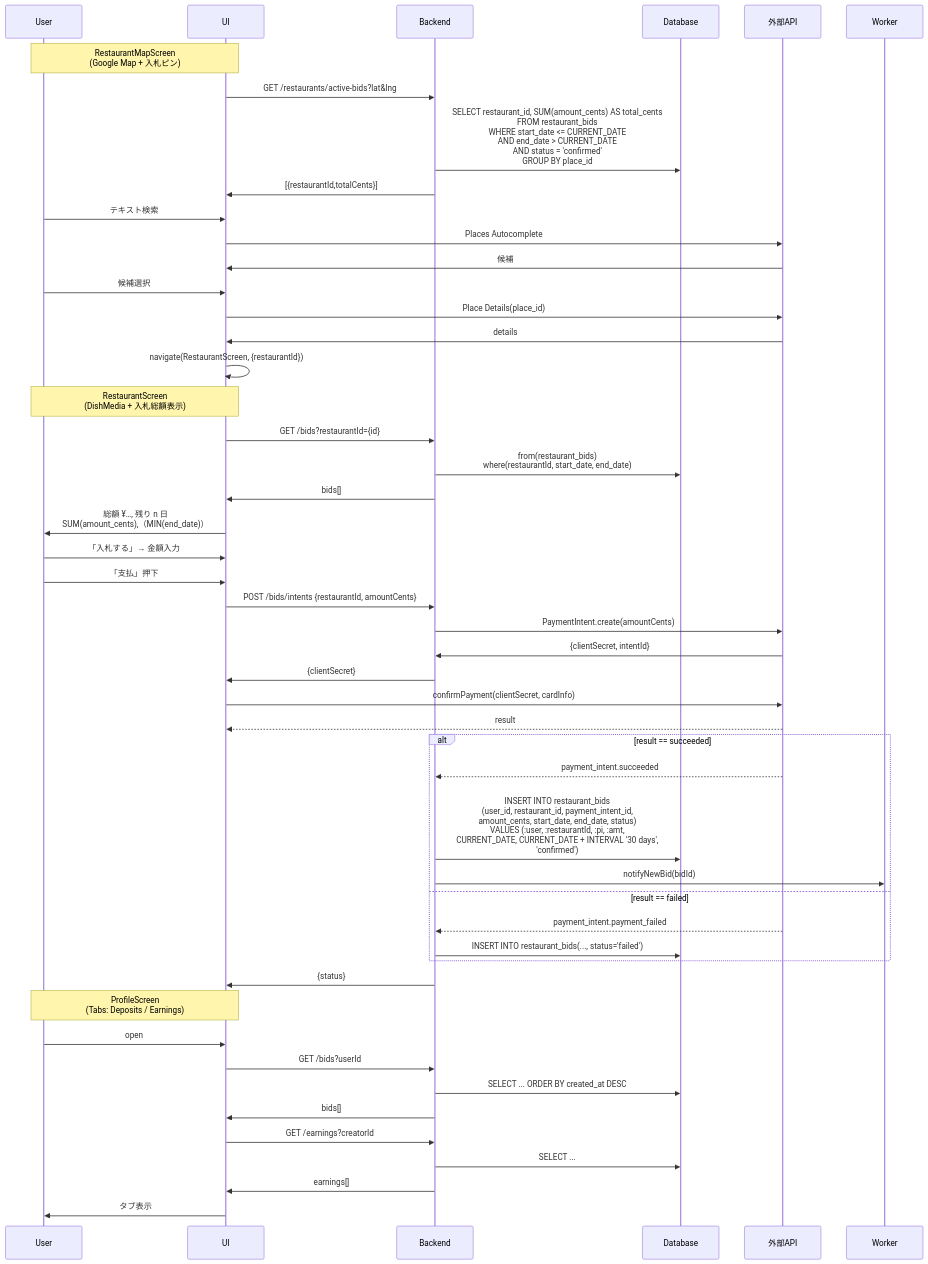
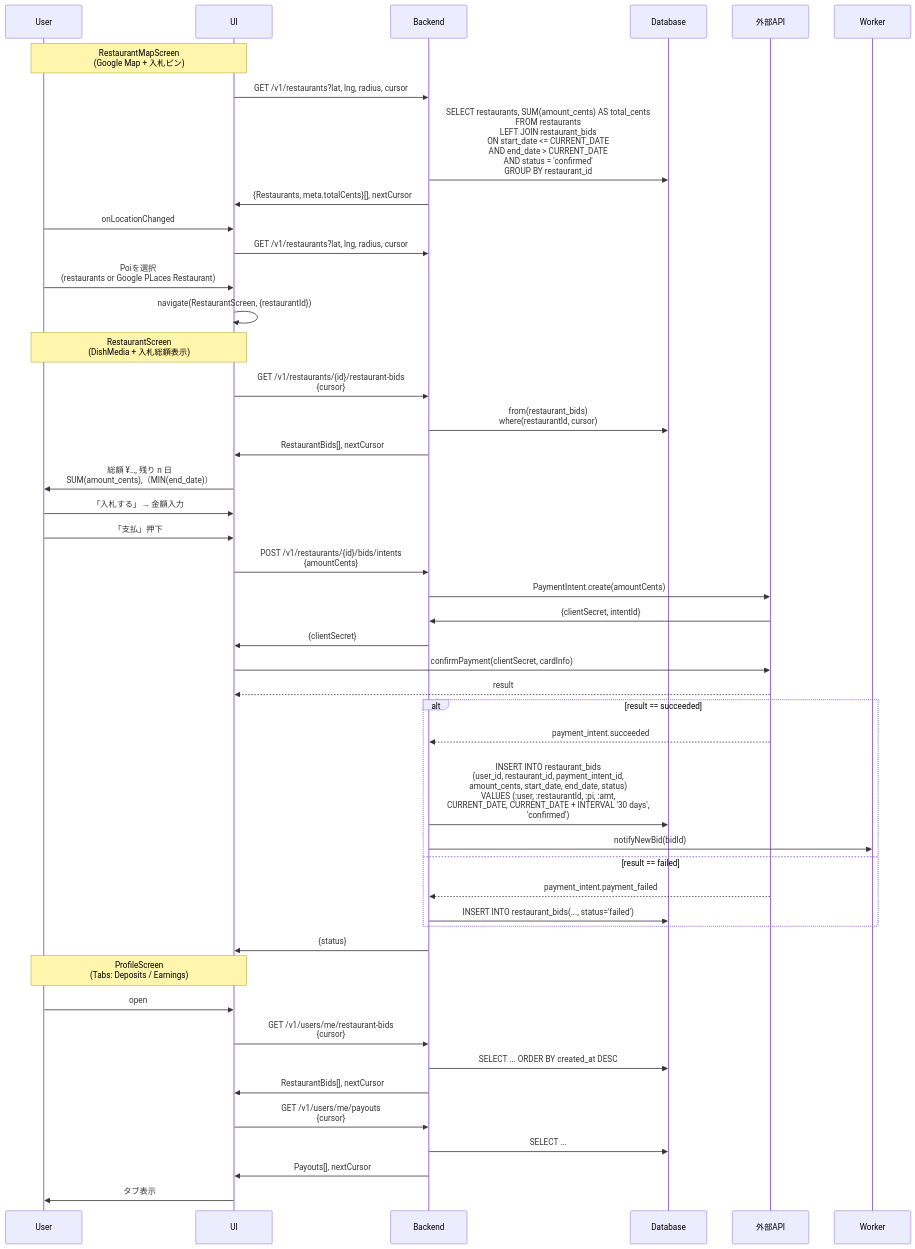
One commit to Ayato-kosaka/nanitabeyo changed the diagram in docs/sequence/ads_bidding.mmd. Above: the diagram before and after it, drawn with Mermaid. The commit also changed 2 other files, not shown here.

Commit message:
doc sequence

```diff
--- a/docs/sequence/ads_bidding.mmd
+++ b/docs/sequence/ads_bidding.mmd
@@ -1,60 +1,57 @@
 sequenceDiagram
     participant User
     participant UI
     participant Backend
     participant Database
     %% (Stripe / Google Places)
     participant ExternalAPI as 外部API  
     %% BullMQ / queue
     participant Worker     
 %% ─────────────────────────────────────────────────────────────────────────
     Note over User,UI: RestaurantMapScreen<br>(Google Map + 入札ピン)
-    UI ->> Backend: GET /restaurants/active-bids?lat&lng
-        Backend ->> Database: SELECT restaurant_id, SUM(amount_cents) AS total_cents<br>FROM restaurant_bids<br>WHERE start_date <= CURRENT_DATE<br>AND end_date   >  CURRENT_DATE<br>AND status = 'confirmed'<br>GROUP BY place_id;
-        Backend ->> UI: [{restaurantId,totalCents}]
-    User ->> UI: テキスト検索
-        UI ->> ExternalAPI: Places Autocomplete
-            ExternalAPI ->> UI: 候補
-    User ->> UI: 候補選択
-        UI ->> ExternalAPI: Place Details(place_id)
-            ExternalAPI ->> UI: details
+        UI ->> Backend: GET /v1/restaurants?lat, lng, radius, cursor
+            Backend ->> Database: SELECT restaurants, SUM(amount_cents) AS total_cents<br>FROM restaurants<br>LEFT JOIN restaurant_bids<br>ON start_date <= CURRENT_DATE<br>AND end_date   >  CURRENT_DATE<br>AND status = 'confirmed'<br>GROUP BY restaurant_id;
+            Backend ->> UI: {Restaurants, meta.totalCents}[], nextCursor
+    User ->> UI: onLocationChanged
+        UI ->> Backend: GET /v1/restaurants?lat, lng, radius, cursor
+    User ->> UI: Poiを選択<br>(restaurants or Google PLaces Restaurant)
         UI ->> UI: navigate(RestaurantScreen, {restaurantId})
 
 %% ─────────────────────────────────────────────────────────────
     Note over User,UI: RestaurantScreen<br>(DishMedia + 入札総額表示)
-        UI ->> Backend: GET /bids?restaurantId={id}
-            Backend ->> Database: from(restaurant_bids)<br>where(restaurantId, start_date, end_date);
-            Backend ->> UI: bids[]
+        UI ->> Backend: GET /v1/restaurants/{id}/restaurant-bids<br>{cursor}
+            Backend ->> Database: from(restaurant_bids)<br>where(restaurantId, cursor);
+            Backend ->> UI: RestaurantBids[], nextCursor
         UI ->> User: 総額 ¥…, 残り n 日<br>SUM(amount_cents),（MIN(end_date)）
     User ->> UI: 「入札する」→ 金額入力
     User ->> UI: 「支払」押下
         %% PaymentIntent 発行
-        UI ->> Backend: POST /bids/intents {restaurantId, amountCents}
+        UI ->> Backend: POST /v1/restaurants/{id}/bids/intents<br>{amountCents}
             Backend ->> ExternalAPI: PaymentIntent.create(amountCents)
                 ExternalAPI ->> Backend: {clientSecret, intentId}
             Backend ->> UI: {clientSecret}
         %% カード決済
         UI ->> ExternalAPI: confirmPayment(clientSecret, cardInfo)
             ExternalAPI -->> UI: result
     alt result == succeeded
         %% Stripe Webhook
         ExternalAPI -->> Backend: payment_intent.succeeded
             Backend ->> Database: <br>INSERT INTO restaurant_bids<br>(user_id, restaurant_id, payment_intent_id,<br>amount_cents, start_date, end_date, status)<br>VALUES (:user, :restaurantId, :pi, :amt,<br>CURRENT_DATE, CURRENT_DATE + INTERVAL '30 days',<br>'confirmed');
             %% 通知キュー
             Backend ->> Worker: notifyNewBid(bidId)
     else result == failed
         ExternalAPI -->> Backend: payment_intent.payment_failed
             Backend ->> Database: INSERT INTO restaurant_bids(..., status='failed')
     end
     Backend ->> UI: {status}
 
 %% ─────────────────────────────────────────────────────────────
     Note over User,UI: ProfileScreen<br>(Tabs: Deposits / Earnings)
     User ->> UI: open
-        UI ->> Backend: GET /bids?userId
+        UI ->> Backend: GET /v1/users/me/restaurant-bids<br>{cursor}
             Backend ->> Database: SELECT ... ORDER BY created_at DESC
-            Backend ->> UI: bids[]
-        UI ->> Backend: GET /earnings?creatorId
+            Backend ->> UI: RestaurantBids[], nextCursor
+        UI ->> Backend: GET /v1/users/me/payouts<br>{cursor}
             Backend ->> Database: SELECT ...
-            Backend ->> UI: earnings[]
+            Backend ->> UI: Payouts[], nextCursor
         UI ->> User: タブ表示
```
